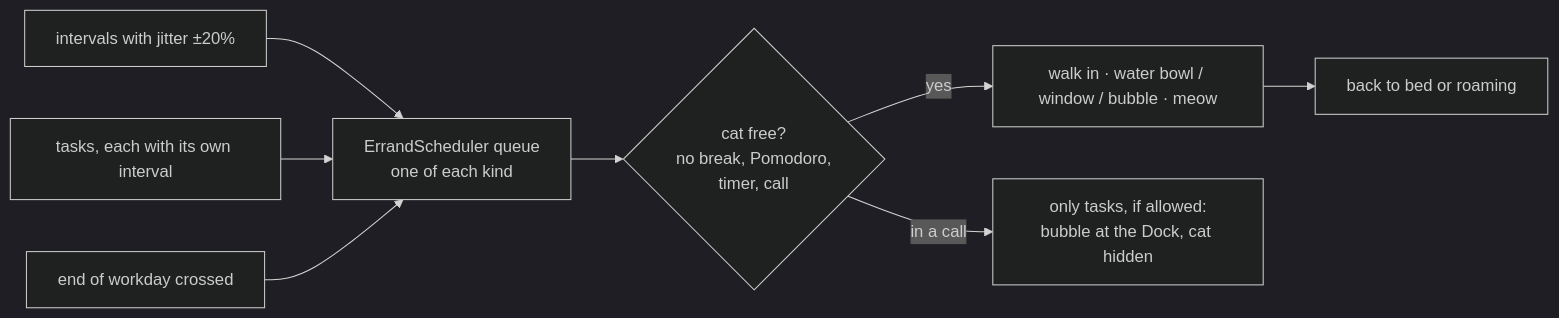
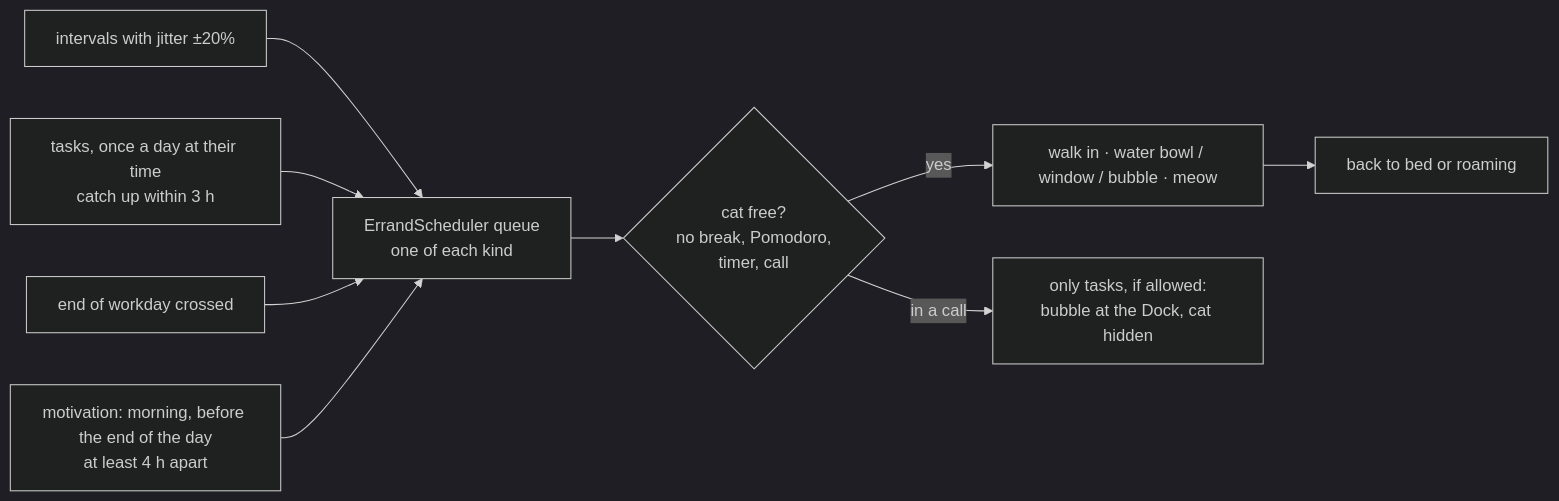
The third of 4 diagrams in docs/ARCHITECTURE.md (TheesBudde/pixelcat), drawn with Mermaid (dark theme) before and after one commit. The commit also changed other lines of this file and 10 other files, not shown here.

````diff
--- a/docs/ARCHITECTURE.md
+++ b/docs/ARCHITECTURE.md
@@ -149,10 +149,11 @@
 ```mermaid
 flowchart LR
     Timers[intervals with jitter ±20%] --> Queue
-    Tasks[tasks, each with its own interval] --> Queue
+    Tasks[tasks, once a day at their time<br/>catch up within 3 h] --> Queue
     Clock[end of workday crossed] --> Queue
+    Cheer[motivation: morning, before the end of the day<br/>at least 4 h apart] --> Queue
     Queue[ErrandScheduler queue<br/>one of each kind] --> Gate{cat free?<br/>no break, Pomodoro,<br/>timer, call}
     Gate -- yes --> Run[walk in · water bowl / window / bubble · meow]
     Gate -- in a call --> TaskOnly[only tasks, if allowed:<br/>bubble at the Dock, cat hidden]
     Run --> Back[back to bed or roaming]
 ```
````
